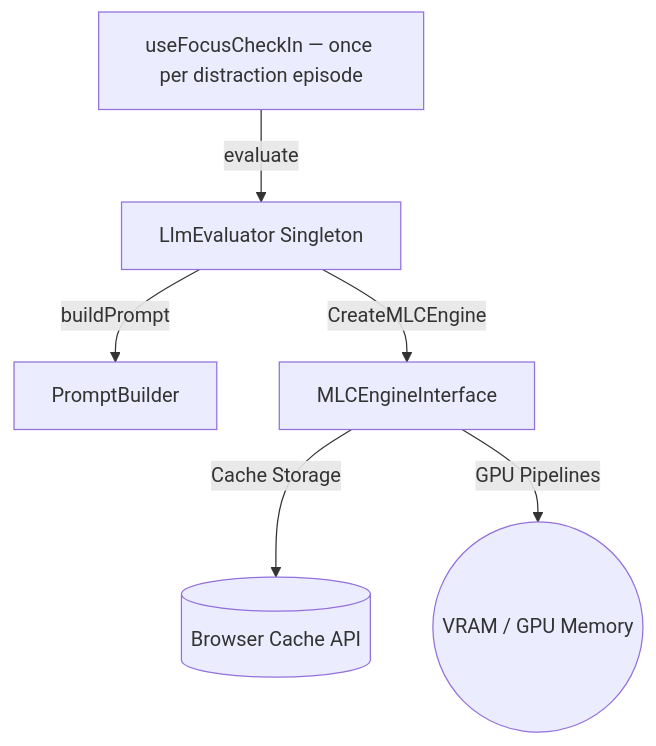
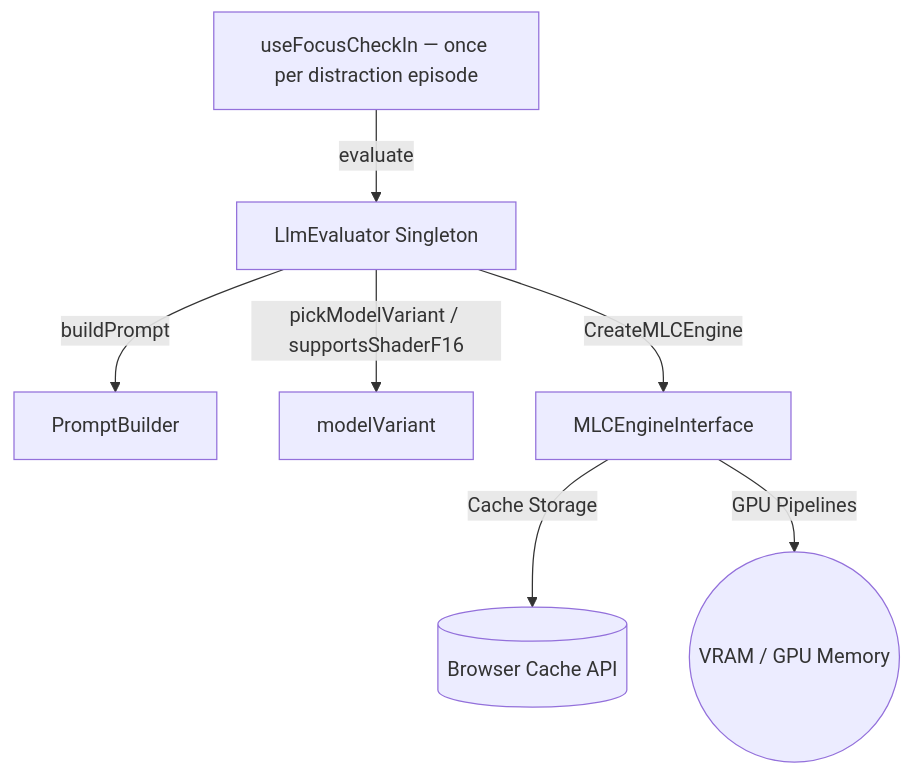
Before and after one commit to Masterslayer7/FocusSentinel: the first of 2 diagrams in src/renderer/services/llm/CONTEXT.md, drawn with Mermaid. The commit also changed other lines of this file and 6 other files, not shown here.

````diff
--- a/src/renderer/services/llm/CONTEXT.md
+++ b/src/renderer/services/llm/CONTEXT.md
@@ -29,8 +31,9 @@
 ```mermaid
 graph TD
     UI[useFocusCheckIn — once per distraction episode] -->|evaluate| Service[LlmEvaluator Singleton]
     Service -->|buildPrompt| PromptBuilder[PromptBuilder]
+    Service -->|pickModelVariant / supportsShaderF16| Variant[modelVariant]
     Service -->|CreateMLCEngine| MLC[MLCEngineInterface]
     MLC -->|Cache Storage| Storage[(Browser Cache API)]
     MLC -->|GPU Pipelines| VRAM((VRAM / GPU Memory))
 ```
````
